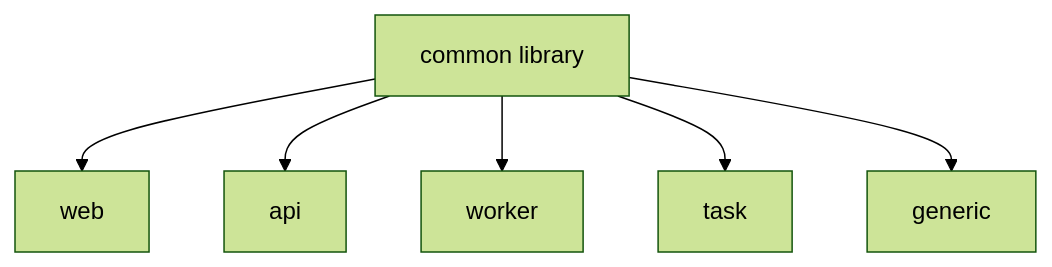
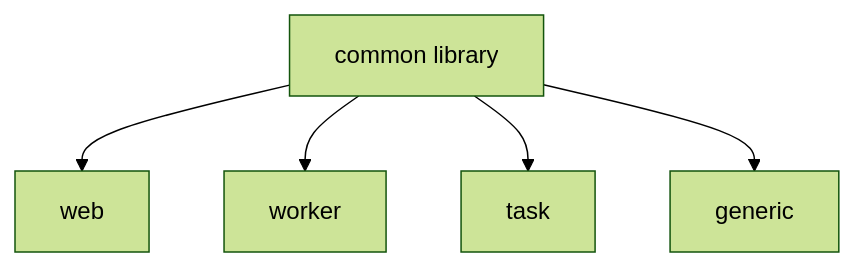
Before and after one commit to DND-IT/helm-charts: the diagram in docs/index.md, drawn with Mermaid (forest theme). The commit also changed other lines of this file and 33 other files, not shown here.

First line of the commit message:
refactor(common): deduplicate workload and gateway templates, remove api chart

````diff
--- a/docs/index.md
+++ b/docs/index.md
@@ -33,8 +32,7 @@
 ```mermaid
 graph TD
     A[common library] --> B[web]
-    A --> C[api]
     A --> D[worker]
     A --> E[task]
     A --> F[generic]
 ```
````
